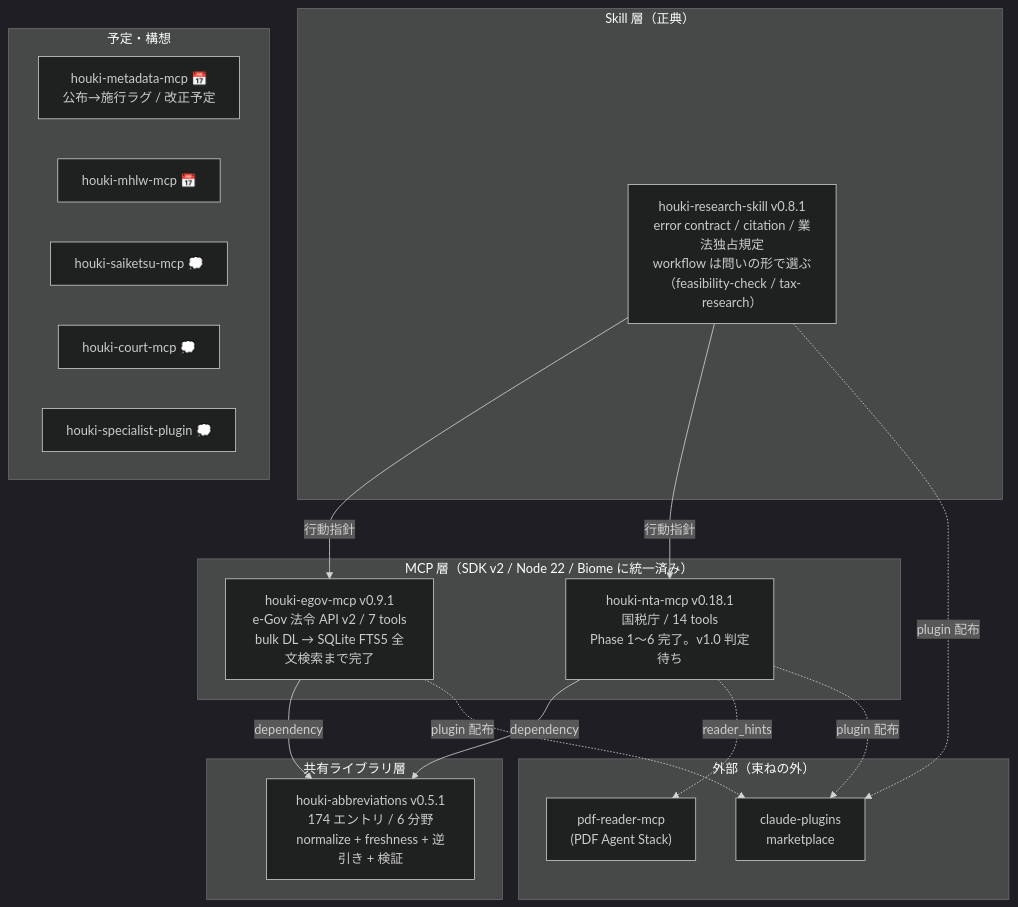
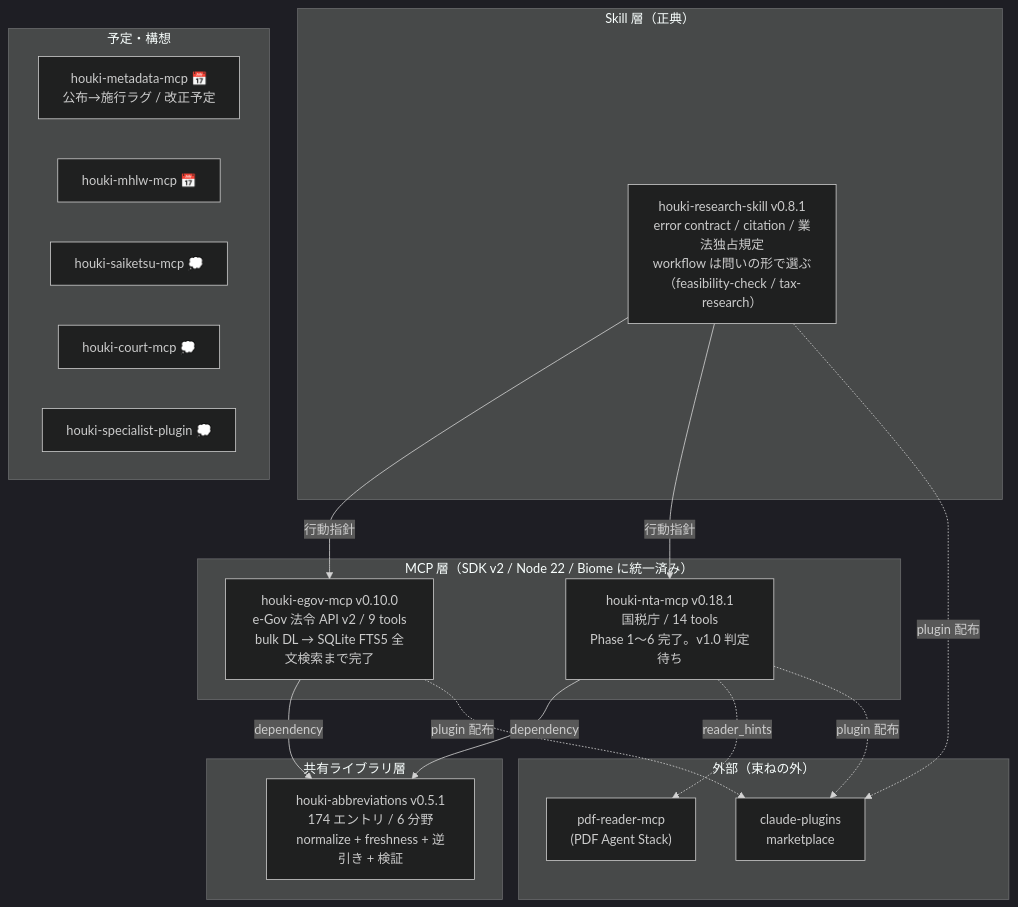
One commit to shuji-bonji/houki-hub changed the diagram in docs/ROADMAP.md. Above: the diagram before and after it, drawn with Mermaid (dark theme). The commit also changed other lines of this file and 2 other files, not shown here.

First line of the commit message:
docs: houki-egov-mcp 0.10.0（egov#20）の publish を ROADMAP に反映し、新ツール 2 つの呼び出し例を実測で追加

````diff
--- a/docs/ROADMAP.md
+++ b/docs/ROADMAP.md
@@ -8,28 +8,28 @@
 ```mermaid
 graph TB
     subgraph Skill層["Skill 層（正典）"]
         SKILL["houki-research-skill v0.8.1<br/>error contract / citation / 業法独占規定<br/>workflow は問いの形で選ぶ（feasibility-check / tax-research）"]
     end
     subgraph MCP層["MCP 層（SDK v2 / Node 22 / Biome に統一済み）"]
-        EGOV["houki-egov-mcp v0.9.1<br/>e-Gov 法令 API v2 / 7 tools<br/>bulk DL → SQLite FTS5 全文検索まで完了"]
+        EGOV["houki-egov-mcp v0.10.0<br/>e-Gov 法令 API v2 / 9 tools<br/>bulk DL → SQLite FTS5 全文検索まで完了"]
         NTA["houki-nta-mcp v0.18.1<br/>国税庁 / 14 tools<br/>Phase 1〜6 完了。v1.0 判定待ち"]
     end
     subgraph 共有層["共有ライブラリ層"]
         ABBR["houki-abbreviations v0.5.1<br/>174 エントリ / 6 分野<br/>normalize + freshness + 逆引き + 検証"]
     end
     subgraph 外部["外部（束ねの外）"]
         PDF["pdf-reader-mcp<br/>(PDF Agent Stack)"]
         PLUGINS["claude-plugins<br/>marketplace"]
     end
     SKILL -->|行動指針| EGOV & NTA
     EGOV & NTA -->|dependency| ABBR
     NTA -.->|reader_hints| PDF
     EGOV & NTA & SKILL -.->|plugin 配布| PLUGINS
     subgraph 将来["予定・構想"]
         META["houki-metadata-mcp 📅<br/>公布→施行ラグ / 改正予定"]
         MHLW["houki-mhlw-mcp 📅"]
         SAIKETSU["houki-saiketsu-mcp 💭"]
         COURT["houki-court-mcp 💭"]
         AGENT["houki-specialist-plugin 💭"]
     end
 ```
````
